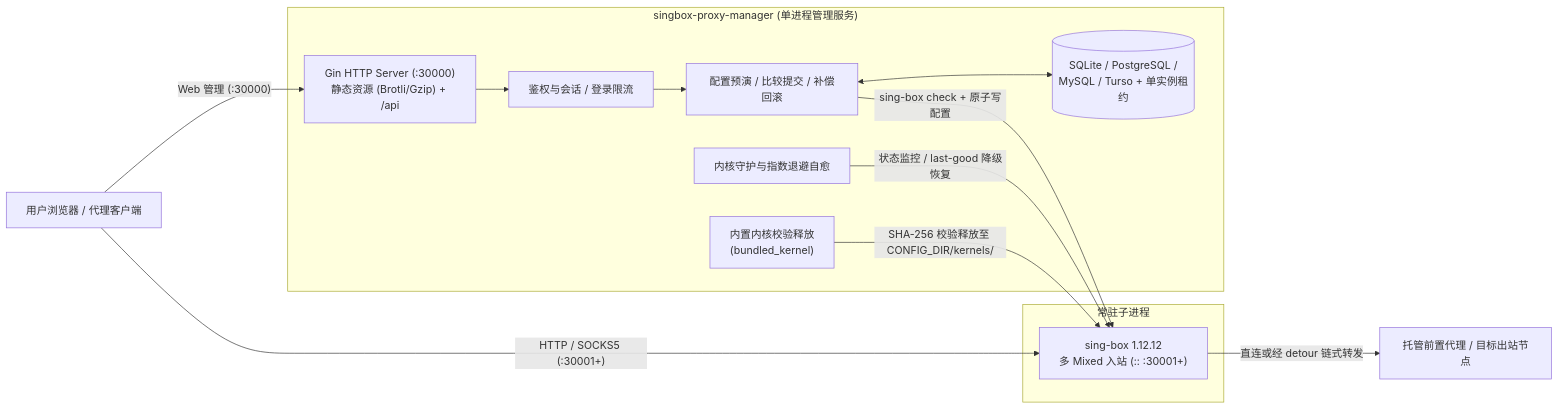
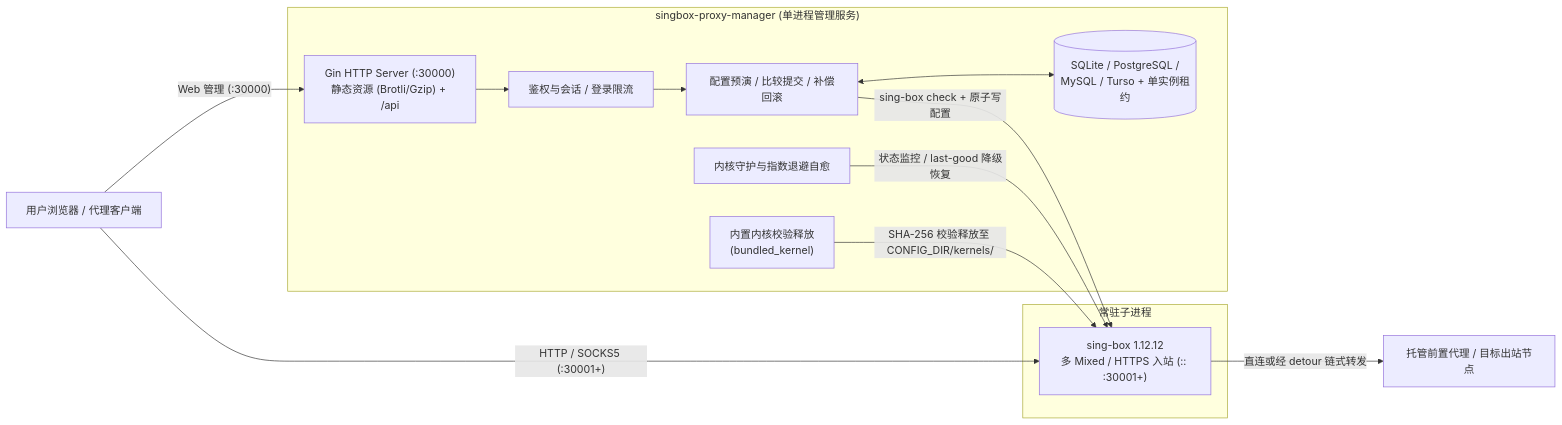
The diagram in docs/architecture.md (cheluen/singbox-proxy-manager), drawn with Mermaid before and after one commit. The commit also changed other lines of this file and 16 other files, not shown here.

Commit message:
docs,i18n: 将负载均衡策略更名为目标粘性，重写精简 README、更新新版 UI 演示动图并校准全套技术文档

````diff
--- a/docs/architecture.md
+++ b/docs/architecture.md
@@ -11,27 +11,27 @@
 ```mermaid
 flowchart LR
     Client["用户浏览器 / 代理客户端"]
     subgraph Manager["singbox-proxy-manager (单进程管理服务)"]
         HTTP["Gin HTTP Server (:30000)<br/>静态资源 (Brotli/Gzip) + /api"]
         Auth["鉴权与会话 / 登录限流"]
         Mutator["配置预演 / 比较提交 / 补偿回滚"]
         Watcher["内核守护与指数退避自愈"]
         DB[("SQLite / PostgreSQL /<br/>MySQL / Turso + 单实例租约")]
         KernelPkg["内置内核校验释放<br/>(bundled_kernel)"]
     end
 
     subgraph Runtime["常驻子进程"]
-        SB["sing-box 1.12.12<br/>多 Mixed 入站 (:: :30001+)"]
+        SB["sing-box 1.12.12<br/>多 Mixed / HTTPS 入站 (:: :30001+)"]
     end
 
     Upstream["托管前置代理 / 目标出站节点"]
 
     Client -- "Web 管理 (:30000)" --> HTTP
     HTTP --> Auth --> Mutator
     Mutator <--> DB
     Mutator -- "sing-box check + 原子写配置" --> SB
     KernelPkg -- "SHA-256 校验释放至 CONFIG_DIR/kernels/" --> SB
     Watcher -- "状态监控 / last-good 降级恢复" --> SB
     Client -- "HTTP / SOCKS5 (:30001+)" --> SB
     SB -- "直连或经 detour 链式转发" --> Upstream
 ```
````
